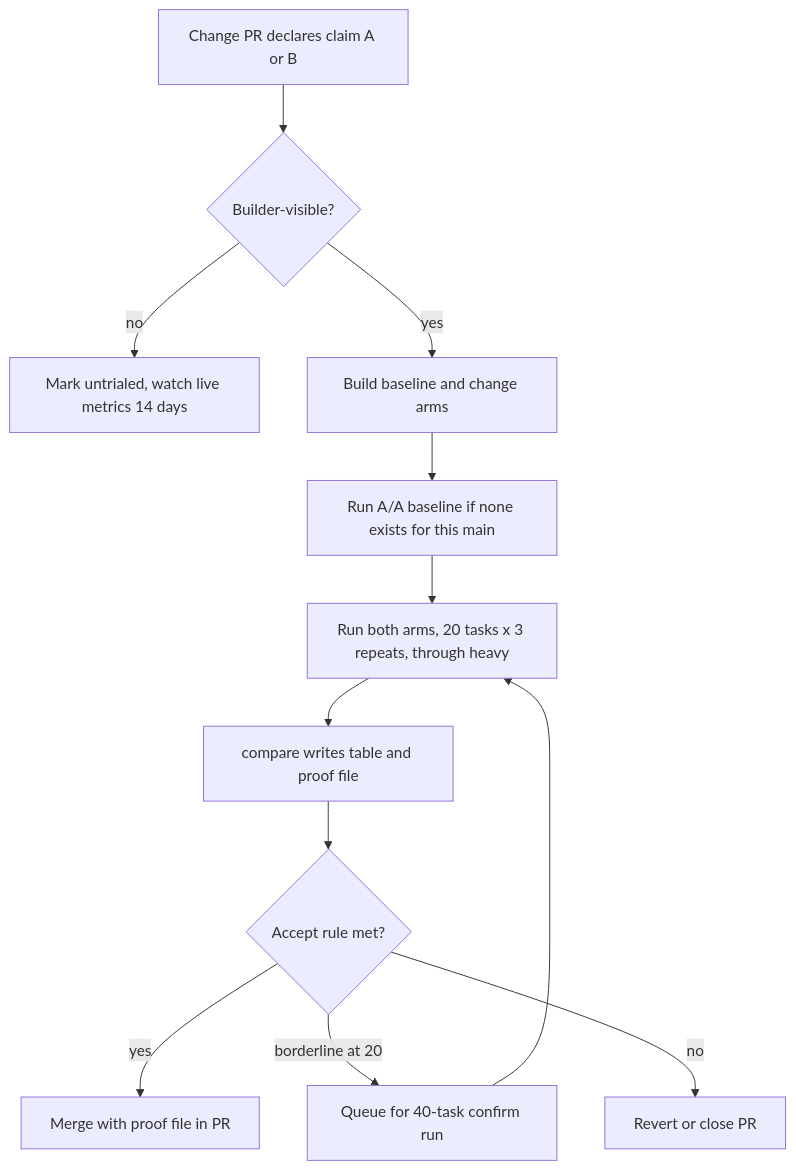
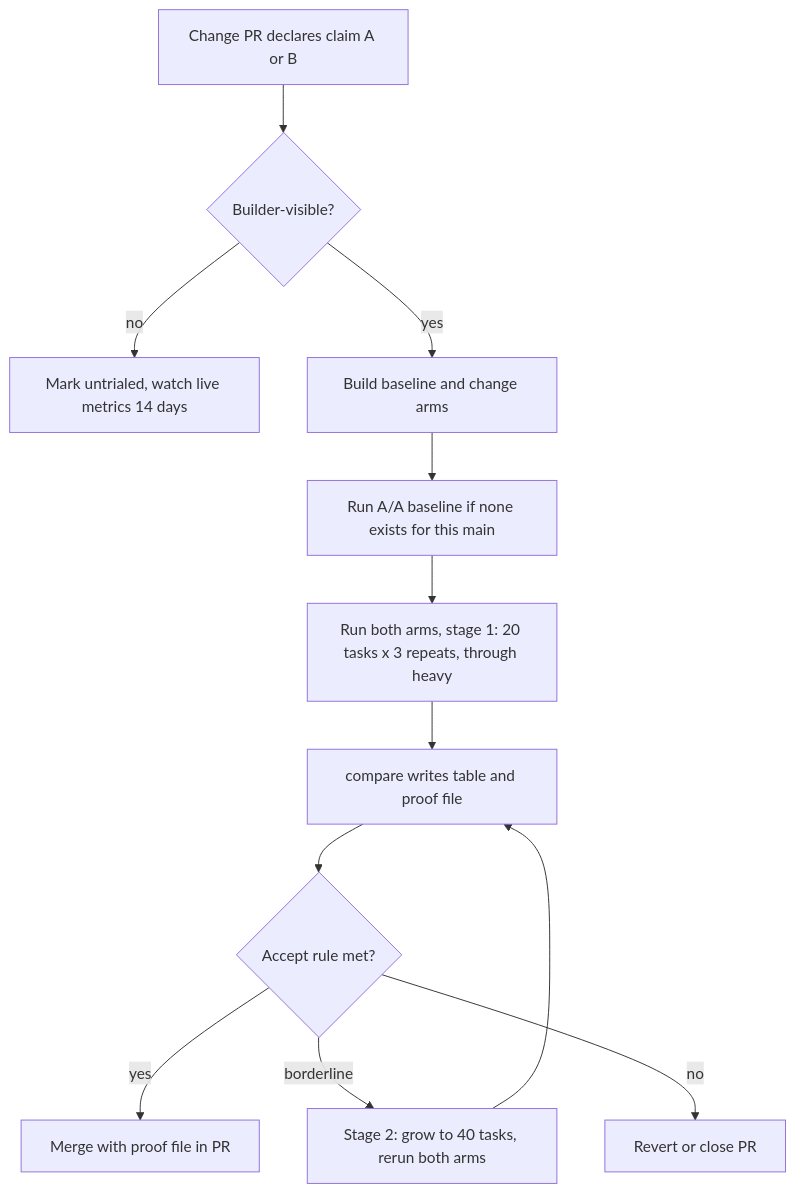
Before and after one commit to shyamsivakumar/mac-ops: the diagram in docs/loop-change-trials.md, drawn with Mermaid. The commit also changed other lines of this file and 1 other file, not shown here.

Commit message:
Tighten the trial design after review: stage bars, A/A net, run times (Refs #505)

````diff
--- a/docs/loop-change-trials.md
+++ b/docs/loop-change-trials.md
@@ -168,14 +201,14 @@
 ```mermaid
 flowchart TD
     A[Change PR declares claim A or B] --> B{Builder-visible?}
     B -- no --> U[Mark untrialed, watch live metrics 14 days]
     B -- yes --> C[Build baseline and change arms]
     C --> D[Run A/A baseline if none exists for this main]
-    D --> E[Run both arms, 20 tasks x 3 repeats, through heavy]
+    D --> E[Run both arms, stage 1: 20 tasks x 3 repeats, through heavy]
     E --> F[compare writes table and proof file]
     F --> G{Accept rule met?}
     G -- yes --> H[Merge with proof file in PR]
-    G -- "borderline at 20" --> I[Queue for 40-task confirm run]
+    G -- "borderline" --> I[Stage 2: grow to 40 tasks, rerun both arms]
     G -- no --> R[Revert or close PR]
-    I --> E
+    I --> F
 ```
````
